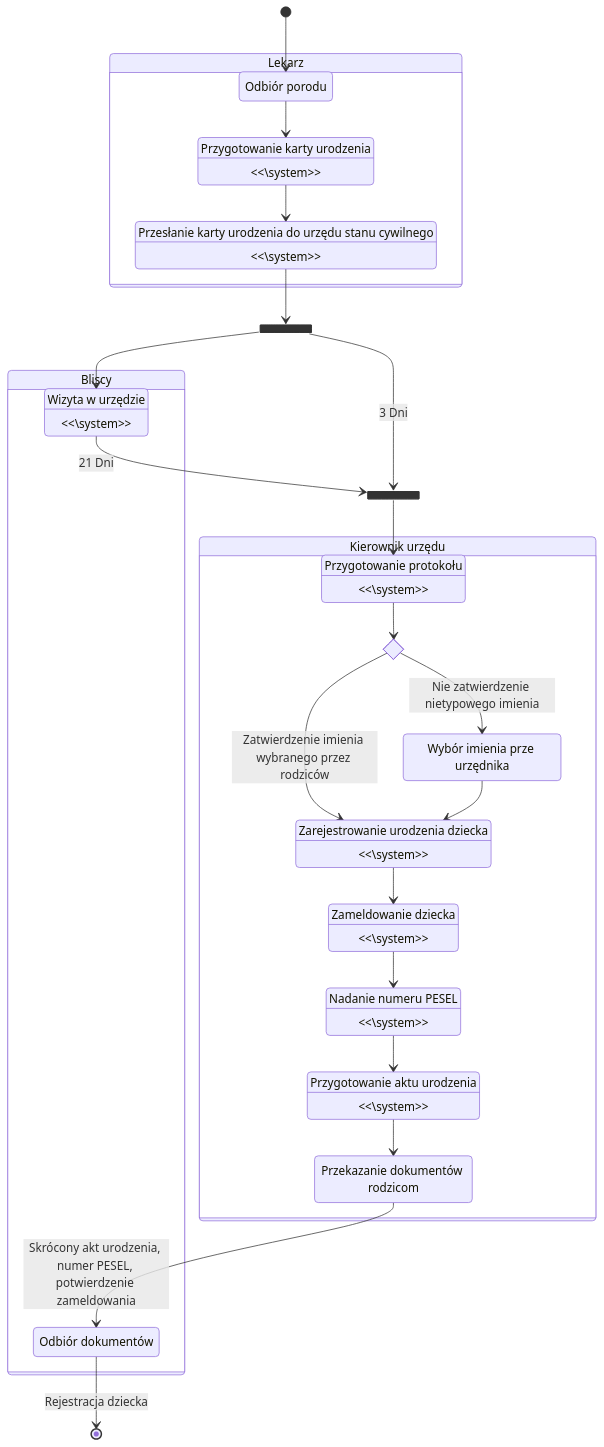
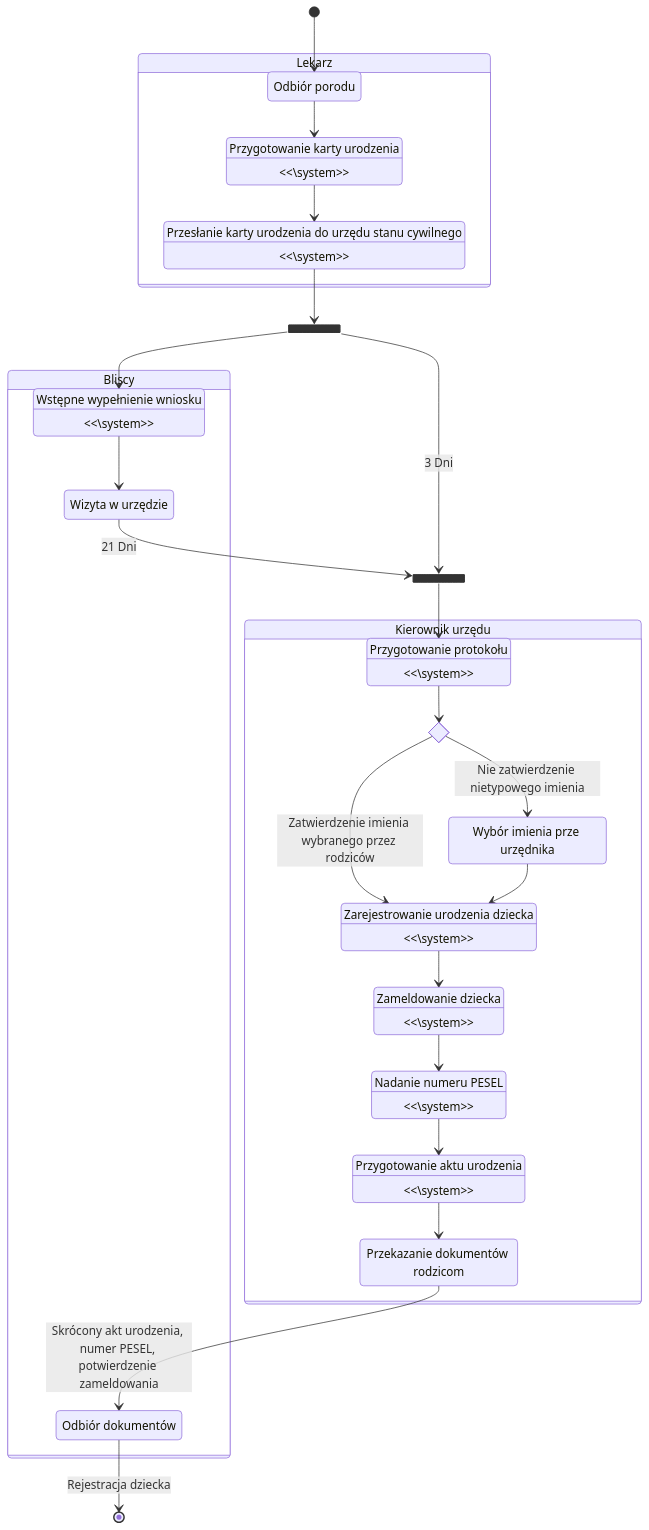
The second of 6 diagrams in README.md (bartlomiejkrawczyk/ZPI-22Z), drawn with Mermaid before and after one commit. The commit also changed other lines of this file, not shown here.

````diff
--- a/README.md
+++ b/README.md
@@ -216,57 +221,60 @@
 ```mermaid
 stateDiagram
     [*] --> l1
     state Lekarz {
         direction LR
         state "Odbiór porodu" as l1
         state "Przygotowanie karty urodzenia" as l2
         state "<<\system>>" as l2
         state "Przesłanie karty urodzenia do urzędu stanu cywilnego" as l3
         state "<<\system>>" as l3
 
         l1 --> l2
         l2 --> l3
     }
 
     state Bliscy {
+        state "Wstępne wypełnienie wniosku" as b0
+        state "<<\system>>" as b0
         state "Wizyta w urzędzie" as b1
-        state "<<\system>>" as b1
         state "Odbiór dokumentów" as b2
+
+        b0 --> b1
     }
     state "Kierownik urzędu" as kierownik {
         state "Przygotowanie protokołu" as k1
         state "<<\system>>" as k1
         state if_accept <<choice>>
         state "Wybór imienia prze urzędnika" as choice
         state "Zarejestrowanie urodzenia dziecka" as k2
         state "<<\system>>" as k2
         state "Zameldowanie dziecka" as k3
         state "<<\system>>" as k3
         state "Nadanie numeru PESEL" as k4
         state "<<\system>>" as k4
         state "Przygotowanie aktu urodzenia" as k5
         state "<<\system>>" as k5
         state "Przekazanie dokumentów rodzicom" as k6
 
         k1 --> if_accept
         if_accept --> k2: Zatwierdzenie imienia wybranego przez rodziców
         if_accept --> choice: Nie zatwierdzenie nietypowego imienia
         choice --> k2
         k2 --> k3
         k3 --> k4
         k4 --> k5
         k5 --> k6
     }
 
     state fork_state <<fork>>
       l3 --> fork_state
-      fork_state --> b1
+      fork_state --> b0
 
     state join_state <<join>>
       b1 --> join_state: 21 Dni
       join_state --> k1
       fork_state --> join_state: 3 Dni
 
     k6 --> b2: Skrócony akt urodzenia, numer PESEL, potwierdzenie zameldowania
     b2 --> [*]: Rejestracja dziecka
 ```
````
